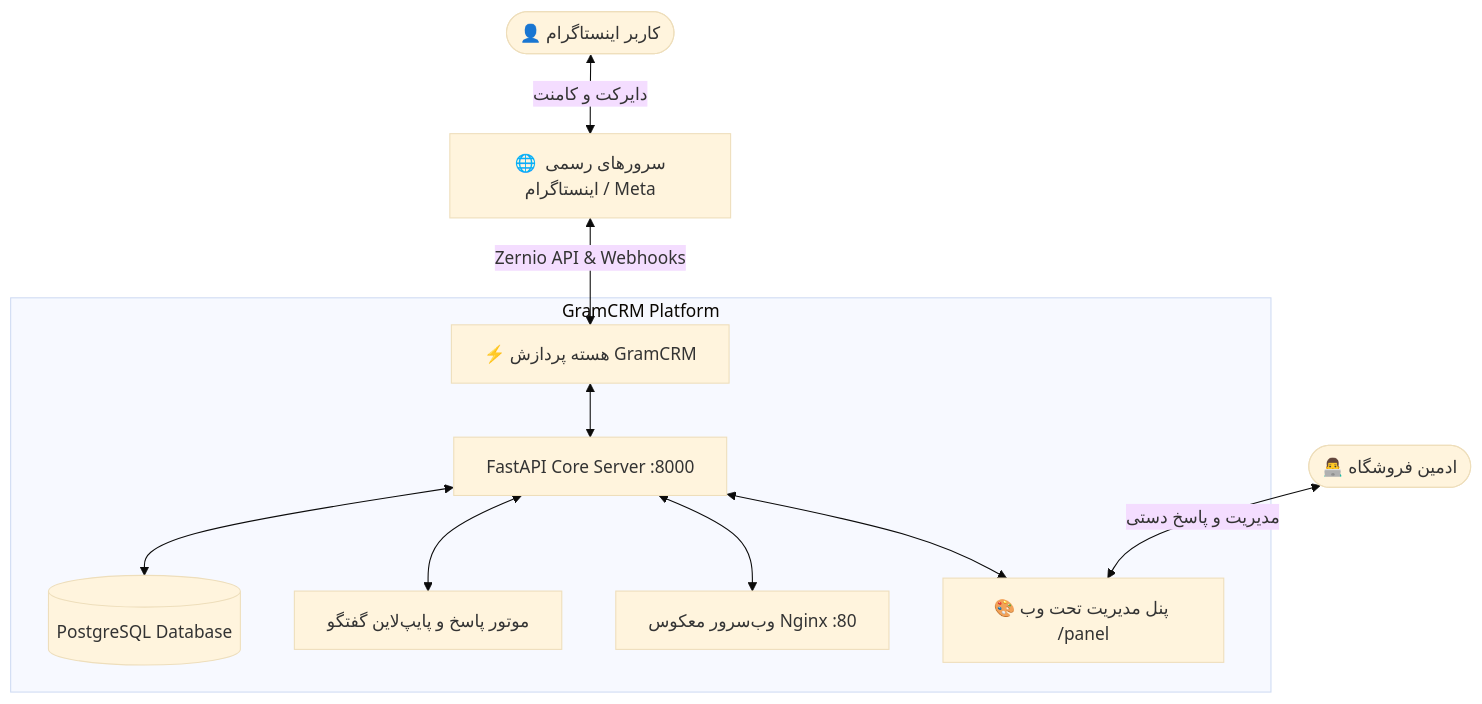
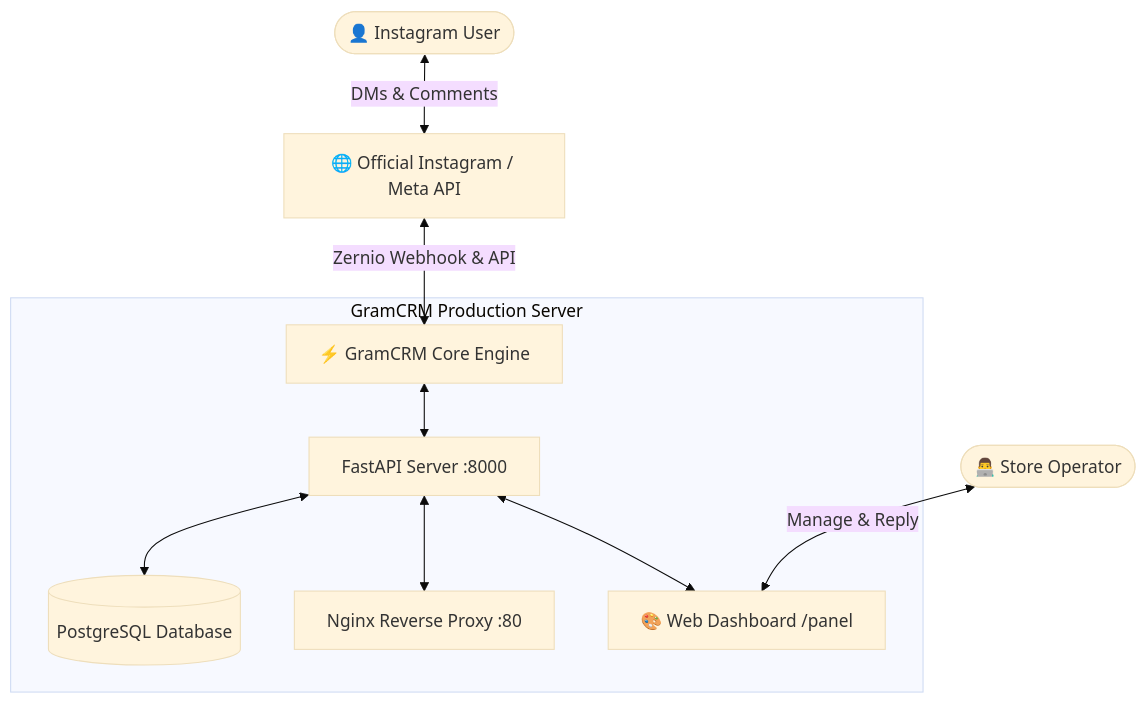
The diagram in README.md (MHTAHERII/GramCRM), drawn with Mermaid (base theme) before and after one commit. The commit also changed other lines of this file, not shown here.

````diff
--- a/README.md
+++ b/README.md
@@ -79,15 +73,14 @@
 ```mermaid
 flowchart TD
-    User([👤 کاربر اینستاگرام]) <-->|دایرکت و کامنت| Meta[🌐 سرورهای رسمی اینستاگرام / Meta]
-    Meta <-->|Zernio API & Webhooks| Engine[⚡ هسته پردازش GramCRM]
+    User([👤 Instagram User]) <-->|DMs & Comments| Meta[🌐 Official Instagram / Meta API]
+    Meta <-->|Zernio Webhook & API| Engine[⚡ GramCRM Core Engine]
     
-    subgraph GramCRM Platform
-        Engine <--> Core[FastAPI Core Server :8000]
+    subgraph GramCRM Production Server
+        Engine <--> Core[FastAPI Server :8000]
         Core <--> DB[(PostgreSQL Database)]
-        Core <--> EngineChat[موتور پاسخ و پایپ‌لاین گفتگو]
-        Core <--> Nginx[وب‌سرور معکوس Nginx :80]
-        Core <--> Panel[🎨 پنل مدیریت تحت وب /panel]
+        Core <--> Nginx[Nginx Reverse Proxy :80]
+        Core <--> Panel[🎨 Web Dashboard /panel]
     end
     
-    Admin([👨‍💻 ادمین فروشگاه]) <-->|مدیریت و پاسخ دستی| Panel
+    Admin([👨‍💻 Store Operator]) <-->|Manage & Reply| Panel
 ```
````
